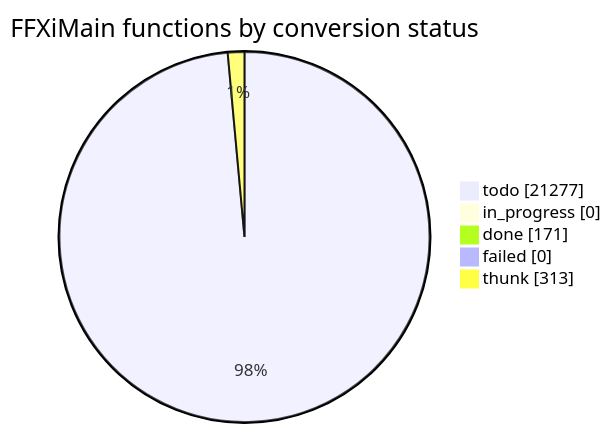
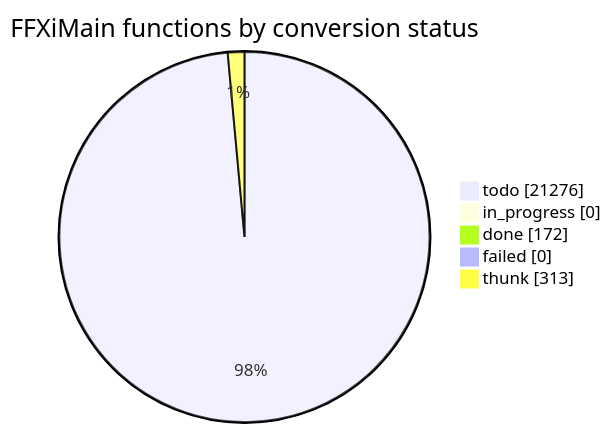
Before and after one commit to cowrevenge/cow_kuluu_xi_anything: the diagram in docs/cow/STATUS.md, drawn with Mermaid. The commit also changed other lines of this file and 10 other files, not shown here.

````diff
--- a/docs/cow/STATUS.md
+++ b/docs/cow/STATUS.md
@@ -21,9 +18,9 @@
 ```mermaid
 pie showData
     title FFXiMain functions by conversion status
-    "todo" : 21277
+    "todo" : 21276
     "in_progress" : 0
-    "done" : 171
+    "done" : 172
     "failed" : 0
     "thunk" : 313
 ```
````
